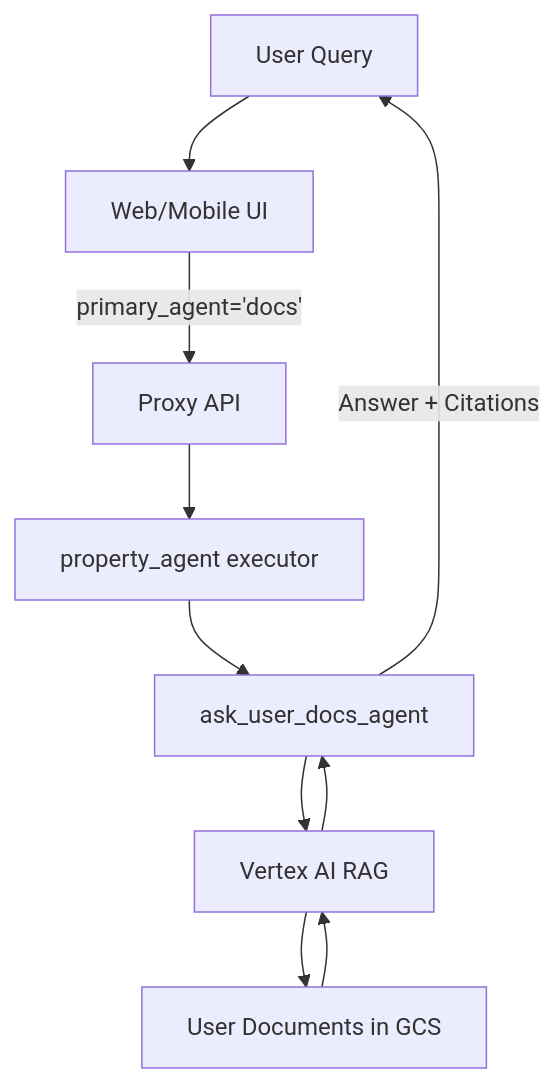
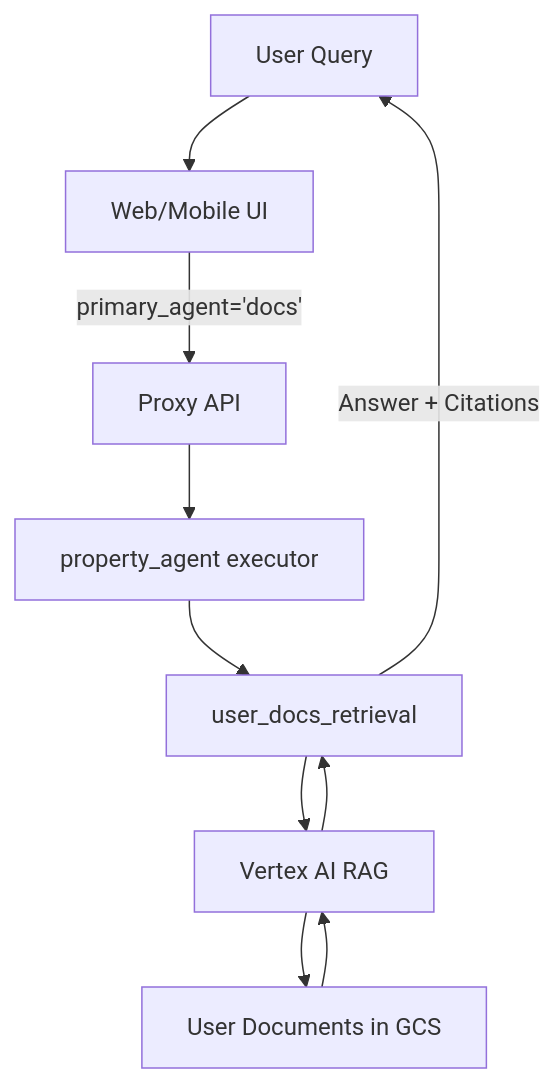
One commit to knotking/asset-mem changed the diagram in docs/docs_chat/DOCS_CHAT_IMPLEMENTATION.md. Above: the diagram before and after it, drawn with Mermaid. The commit also changed other lines of this file and 456 other files, not shown here.

````diff
--- a/docs/docs_chat/DOCS_CHAT_IMPLEMENTATION.md
+++ b/docs/docs_chat/DOCS_CHAT_IMPLEMENTATION.md
@@ -23,12 +23,12 @@
 ```mermaid
 graph TD
     User[User Query] --> UI[Web/Mobile UI]
     UI --> |primary_agent='docs'| API[Proxy API]
     API --> RootAgent[Root Property Agent]
-    RootAgent[property_agent executor] --> UserDocs[ask_user_docs_agent]
+    RootAgent[property_agent executor] --> UserDocs[user_docs_retrieval]
     UserDocs --> RAG[Vertex AI RAG]
     RAG --> GCS[User Documents in GCS]
     GCS --> RAG
     RAG --> UserDocs
     UserDocs --> |Answer + Citations| User
 ```
````
